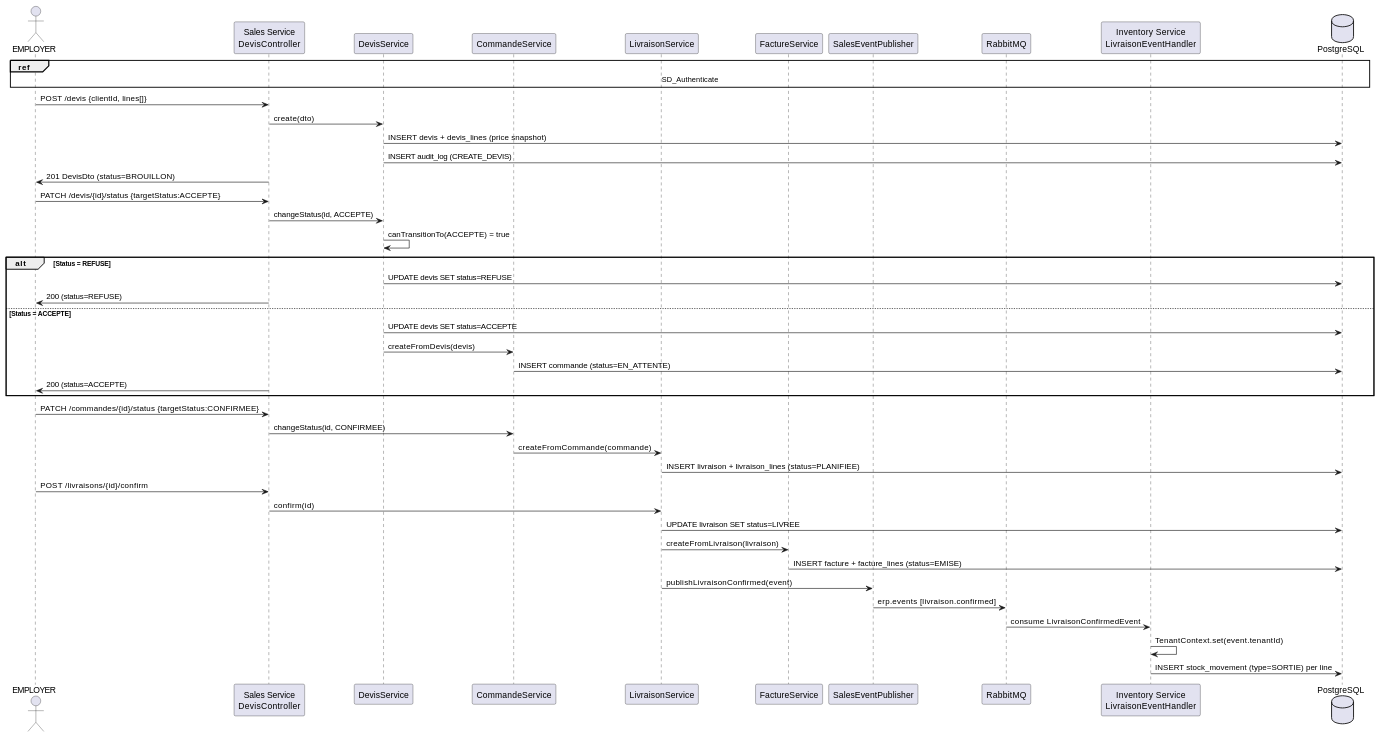
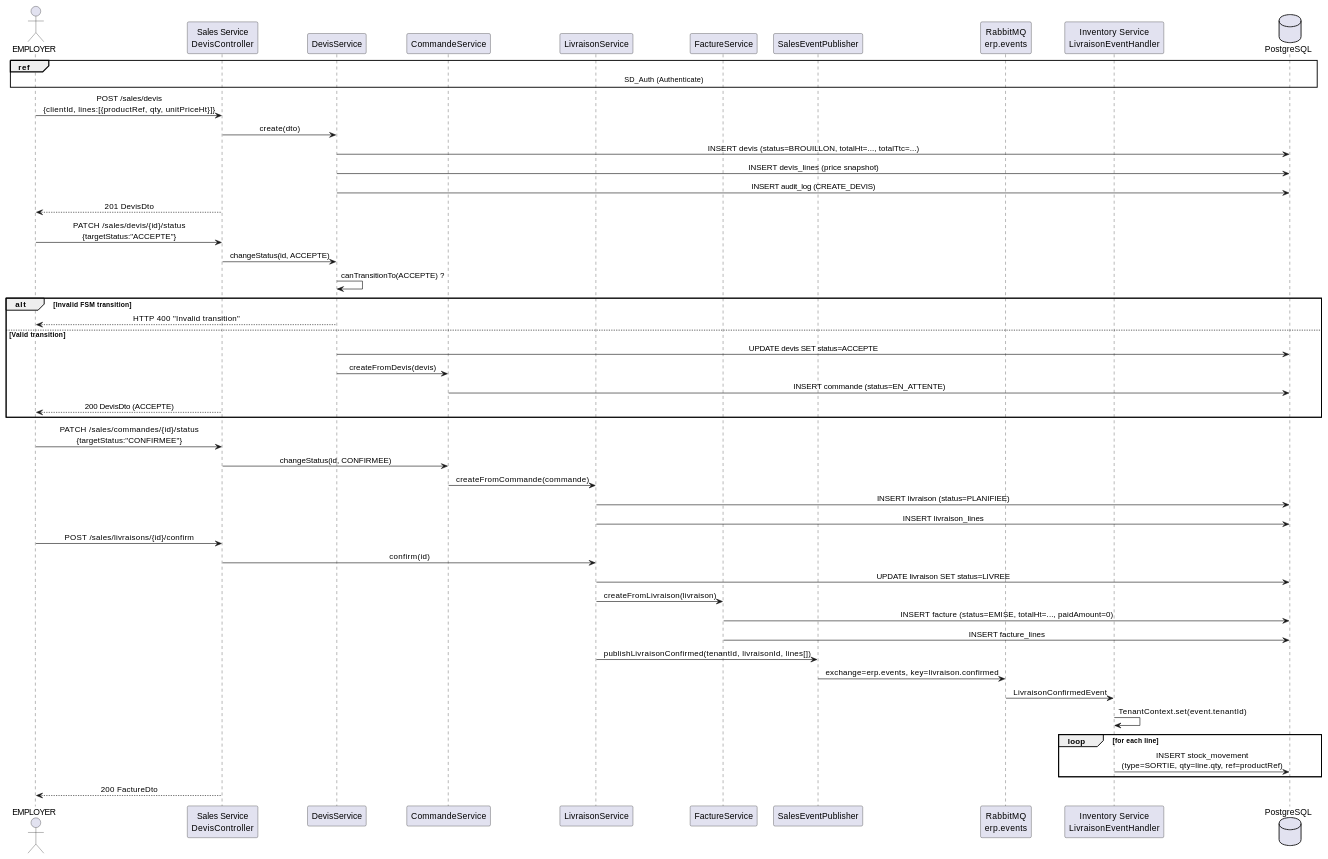
The sixth of 19 diagrams in docs/PFA_REPORT.md (MohamedTrikii/PFA_CRM_ERP_Platform), drawn with PlantUML before and after one commit. The commit also changed other lines of this file and 150 other files, not shown here.

````diff
--- a/docs/PFA_REPORT.md
+++ b/docs/PFA_REPORT.md
@@ -738,52 +609,60 @@
 ```plantuml
 @startuml SD_SalesFlow
+skinparam sequenceMessageAlign center
+
 actor EMPLOYER
 participant "Sales Service\nDevisController" as DC
 participant "DevisService" as DS
 participant "CommandeService" as CS
 participant "LivraisonService" as LS
 participant "FactureService" as FS
 participant "SalesEventPublisher" as PUB
-participant "RabbitMQ" as MQ
+participant "RabbitMQ\nerp.events" as MQ
 participant "Inventory Service\nLivraisonEventHandler" as IH
 database "PostgreSQL" as DB
 
-ref over EMPLOYER, DB : SD_Authenticate
+ref over EMPLOYER, DB : SD_Auth (Authenticate)
 
-EMPLOYER -> DC : POST /devis {clientId, lines[]}
+EMPLOYER -> DC : POST /sales/devis\n{clientId, lines:[{productRef, qty, unitPriceHt}]}
 DC -> DS : create(dto)
-DS -> DB : INSERT devis + devis_lines (price snapshot)
+DS -> DB : INSERT devis (status=BROUILLON, totalHt=..., totalTtc=...)
+DS -> DB : INSERT devis_lines (price snapshot)
 DS -> DB : INSERT audit_log (CREATE_DEVIS)
-DC -> EMPLOYER : 201 DevisDto (status=BROUILLON)
+DC --> EMPLOYER : 201 DevisDto
 
-EMPLOYER -> DC : PATCH /devis/{id}/status {targetStatus:ACCEPTE}
+EMPLOYER -> DC : PATCH /sales/devis/{id}/status\n{targetStatus:"ACCEPTE"}
 DC -> DS : changeStatus(id, ACCEPTE)
-DS -> DS : canTransitionTo(ACCEPTE) = true
+DS -> DS : canTransitionTo(ACCEPTE) ?
 
-alt Status = REFUSE
-  DS -> DB : UPDATE devis SET status=REFUSE
-  DC -> EMPLOYER : 200 (status=REFUSE)
-else Status = ACCEPTE
+alt Invalid FSM transition
+  DS --> EMPLOYER : HTTP 400 "Invalid transition"
+else Valid transition
   DS -> DB : UPDATE devis SET status=ACCEPTE
   DS -> CS : createFromDevis(devis)
   CS -> DB : INSERT commande (status=EN_ATTENTE)
-  DC -> EMPLOYER : 200 (status=ACCEPTE)
+  DC --> EMPLOYER : 200 DevisDto (ACCEPTE)
 end
 
-EMPLOYER -> DC : PATCH /commandes/{id}/status {targetStatus:CONFIRMEE}
+EMPLOYER -> DC : PATCH /sales/commandes/{id}/status\n{targetStatus:"CONFIRMEE"}
 DC -> CS : changeStatus(id, CONFIRMEE)
 CS -> LS : createFromCommande(commande)
-LS -> DB : INSERT livraison + livraison_lines (status=PLANIFIEE)
+LS -> DB : INSERT livraison (status=PLANIFIEE)
+LS -> DB : INSERT livraison_lines
 
-EMPLOYER -> DC : POST /livraisons/{id}/confirm
+EMPLOYER -> DC : POST /sales/livraisons/{id}/confirm
 DC -> LS : confirm(id)
 LS -> DB : UPDATE livraison SET status=LIVREE
 LS -> FS : createFromLivraison(livraison)
-FS -> DB : INSERT facture + facture_lines (status=EMISE)
-LS -> PUB : publishLivraisonConfirmed(event)
-PUB -> MQ : erp.events [livraison.confirmed]
-MQ -> IH : consume LivraisonConfirmedEvent
+FS -> DB : INSERT facture (status=EMISE, totalHt=..., paidAmount=0)
+FS -> DB : INSERT facture_lines
+LS -> PUB : publishLivraisonConfirmed(tenantId, livraisonId, lines[])
+PUB -> MQ : exchange=erp.events, key=livraison.confirmed
+MQ -> IH : LivraisonConfirmedEvent
 IH -> IH : TenantContext.set(event.tenantId)
-IH -> DB : INSERT stock_movement (type=SORTIE) per line
+loop for each line
+  IH -> DB : INSERT stock_movement\n(type=SORTIE, qty=line.qty, ref=productRef)
+end
+DC --> EMPLOYER : 200 FactureDto
+
 @enduml
 ```
````
